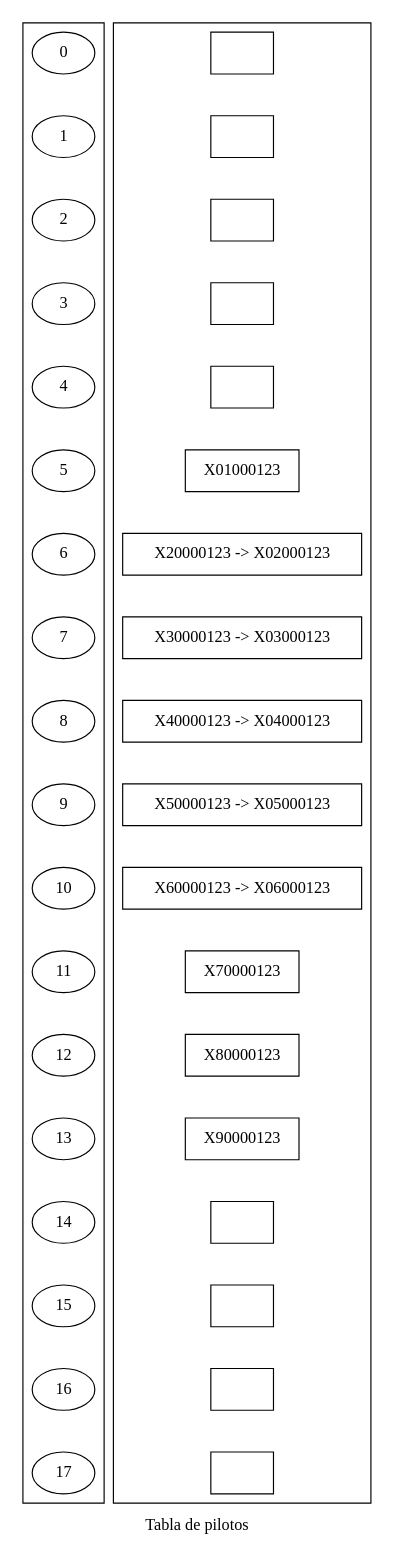
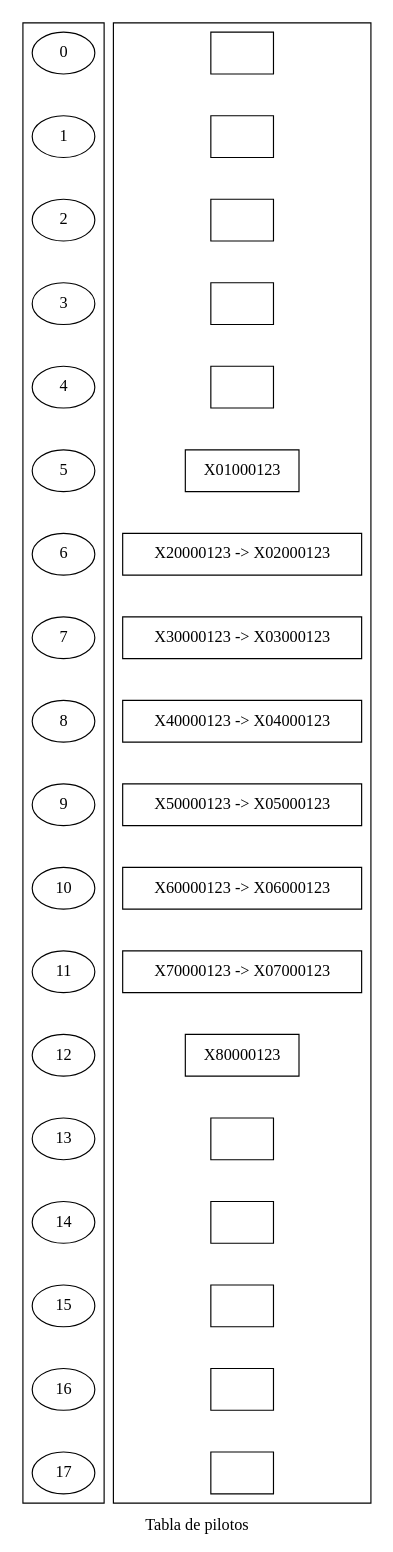
Before and after one commit to MarvinCastellanos/201700490_EDD_Proyecto: the diagram in dot/tablaPilotos.dot, drawn with Graphviz. The commit also changed 17 other files, not shown here.

```diff
--- a/dot/tablaPilotos.dot
+++ b/dot/tablaPilotos.dot
@@ -1,30 +1,30 @@
 digraph G {
   label="Tabla de pilotos";
 
 subgraph cluster_0{
 label="";0->1->2->3->4->5->6->7->8->9->10->11->12->13->14->15->16->17[style=invis];
 }
 
 subgraph cluster_1{
 label="";L0->L1->L2->L3->L4->L5->L6->L7->L8->L9->L10->L11->L12->L13->L14->L15->L16->L17[style= invis];
 }
 
 L0[label="" shape=box];
 L1[label="" shape=box];
 L2[label="" shape=box];
 L3[label="" shape=box];
 L4[label="" shape=box];
 L5[label="X01000123" shape=box];
 L6[label="X20000123 -> X02000123" shape=box];
 L7[label="X30000123 -> X03000123" shape=box];
 L8[label="X40000123 -> X04000123" shape=box];
 L9[label="X50000123 -> X05000123" shape=box];
 L10[label="X60000123 -> X06000123" shape=box];
-L11[label="X70000123" shape=box];
+L11[label="X70000123 -> X07000123" shape=box];
 L12[label="X80000123" shape=box];
-L13[label="X90000123" shape=box];
+L13[label="" shape=box];
 L14[label="" shape=box];
 L15[label="" shape=box];
 L16[label="" shape=box];
 L17[label="" shape=box];
 }
```
